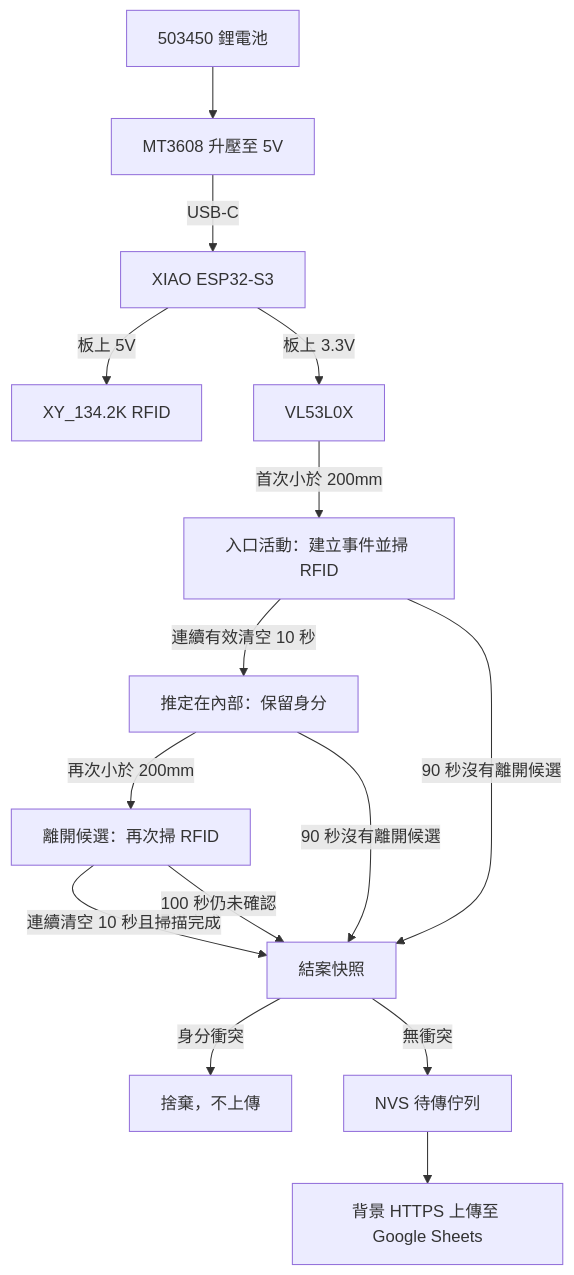
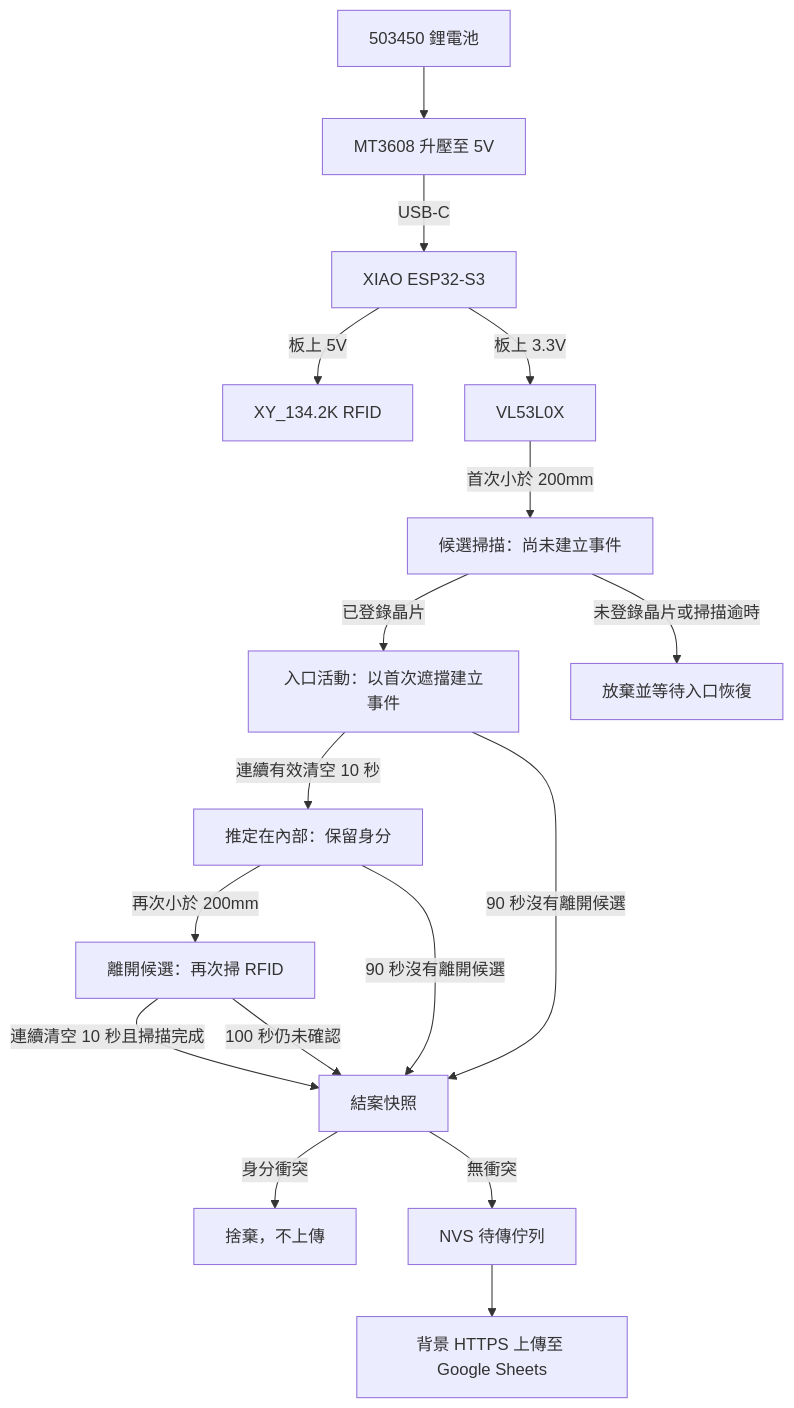
The diagram in README.zh-TW.md (ziv50109/smart-litter-cabinet), drawn with Mermaid before and after one commit. The commit also changed other lines of this file and 5 other files, not shown here.

````diff
--- a/README.zh-TW.md
+++ b/README.zh-TW.md
@@ -11,17 +11,19 @@
 ```mermaid
 flowchart TD
     Battery[503450 鋰電池] --> Boost[MT3608 升壓至 5V]
     Boost -->|USB-C| ESP32[XIAO ESP32-S3]
     ESP32 -->|板上 5V| RFID[XY_134.2K RFID]
     ESP32 -->|板上 3.3V| ToF[VL53L0X]
-    ToF -->|首次小於 200mm| Entry[入口活動：建立事件並掃 RFID]
+    ToF -->|首次小於 200mm| Candidate[候選掃描：尚未建立事件]
+    Candidate -->|已登錄晶片| Entry[入口活動：以首次遮擋建立事件]
+    Candidate -->|未登錄晶片或掃描逾時| DropCandidate[放棄並等待入口恢復]
     Entry -->|連續有效清空 10 秒| Inside[推定在內部：保留身分]
     Inside -->|再次小於 200mm| Exit[離開候選：再次掃 RFID]
     Exit -->|連續清空 10 秒且掃描完成| Close[結案快照]
     Entry -->|90 秒沒有離開候選| Close
     Inside -->|90 秒沒有離開候選| Close
     Exit -->|100 秒仍未確認| Close
     Close -->|身分衝突| Drop[捨棄，不上傳]
     Close -->|無衝突| Queue[NVS 待傳佇列]
     Queue --> Worker[背景 HTTPS 上傳至 Google Sheets]
 ```
````
